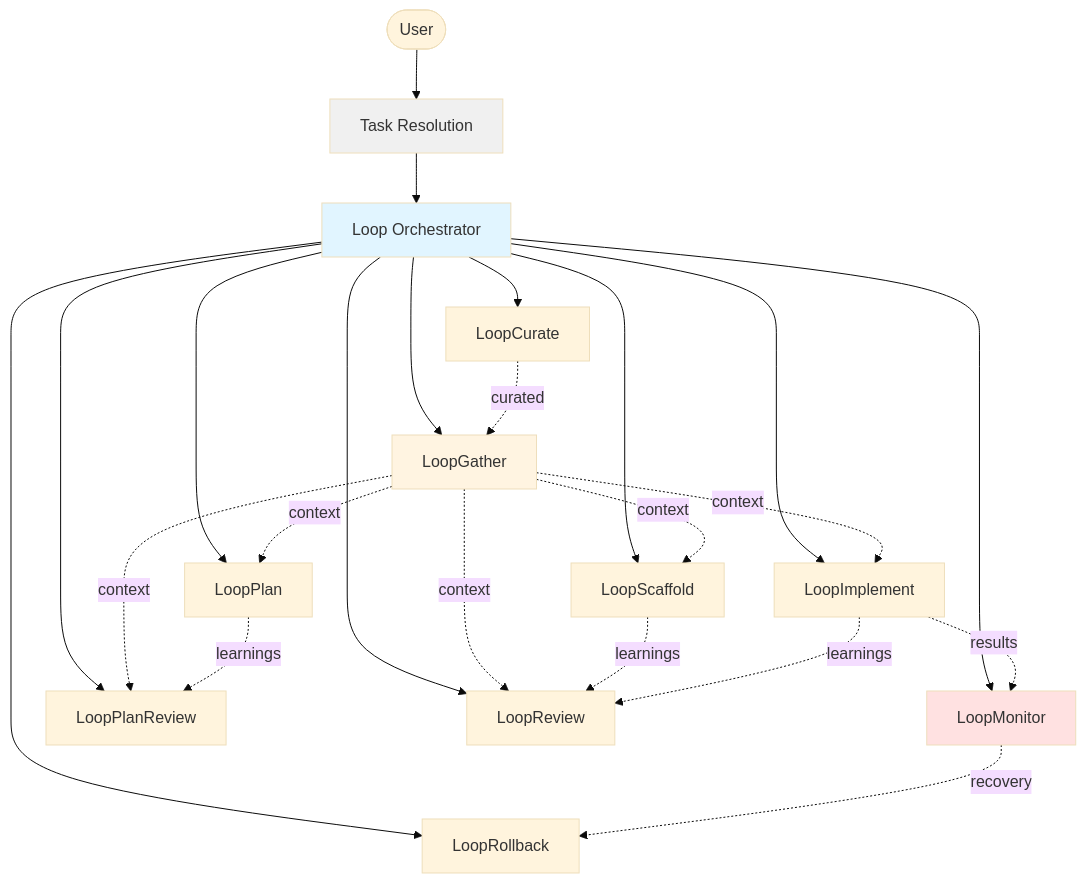
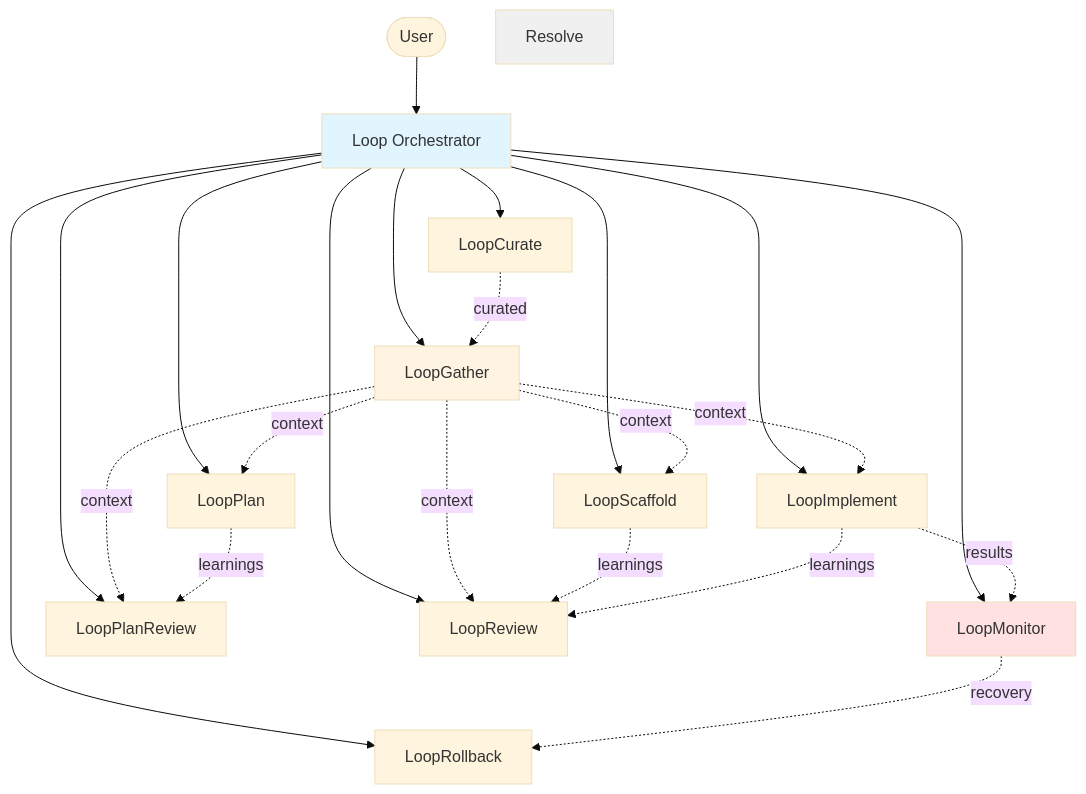
One commit to digitarald/loop-agent changed the first of 4 diagrams in README.md. Above: the diagram before and after it, drawn with Mermaid (base theme). The commit also changed other lines of this file and 10 other files, not shown here.

````diff
--- a/README.md
+++ b/README.md
@@ -32,37 +32,36 @@
 ```mermaid
 flowchart TB
-    User([User]) --> Resolve[Task Resolution]
-    Resolve --> Loop[Loop Orchestrator]
+    User([User]) --> Loop[Loop Orchestrator]
     
     Loop --> LG[LoopGather]
     Loop --> LM[LoopMonitor]
     Loop --> LC[LoopCurate]
     
     Loop --> LP[LoopPlan]
     Loop --> LPR[LoopPlanReview]
     
     Loop --> LS[LoopScaffold]
     Loop --> LI[LoopImplement]
     Loop --> LR[LoopReview]
     Loop --> LRB[LoopRollback]
     
     LG -.context.-> LP
     LG -.context.-> LPR
     LG -.context.-> LS
     LG -.context.-> LI
     LG -.context.-> LR
     
     LP -.learnings.-> LPR
     LS -.learnings.-> LR
     LI -.learnings.-> LR
     
     LI -.results.-> LM
     LM -.recovery.-> LRB
     
     LC -.curated.-> LG
     
     style Loop fill:#e1f5ff
     style Resolve fill:#f0f0f0
     style LG fill:#fff4e1
     style LM fill:#ffe1e1
 ```
````
